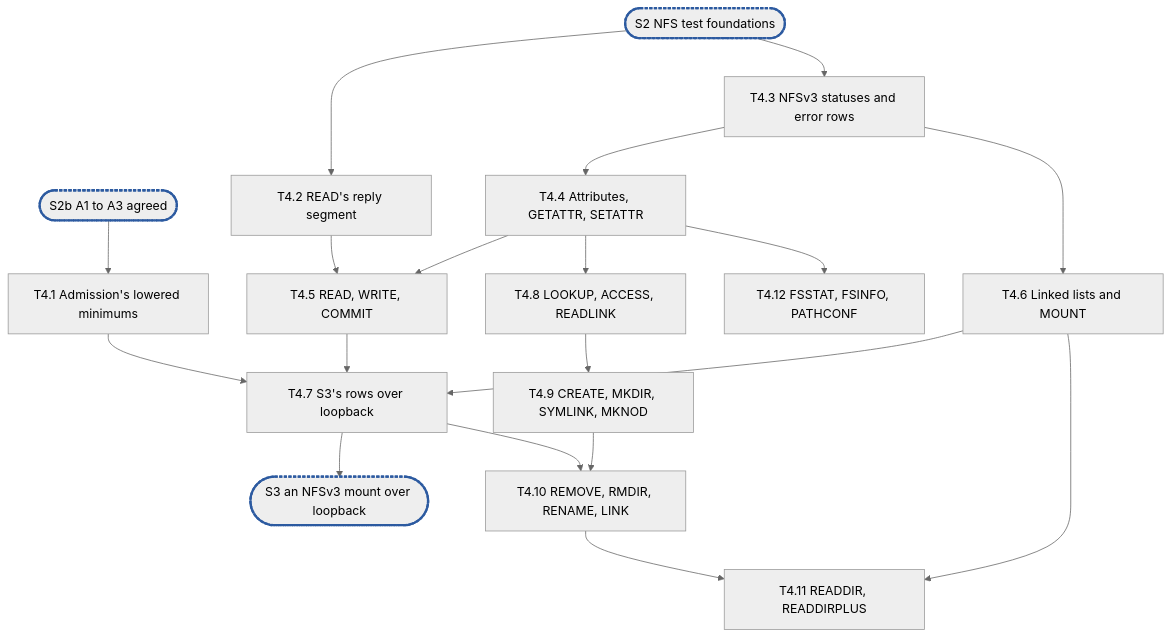
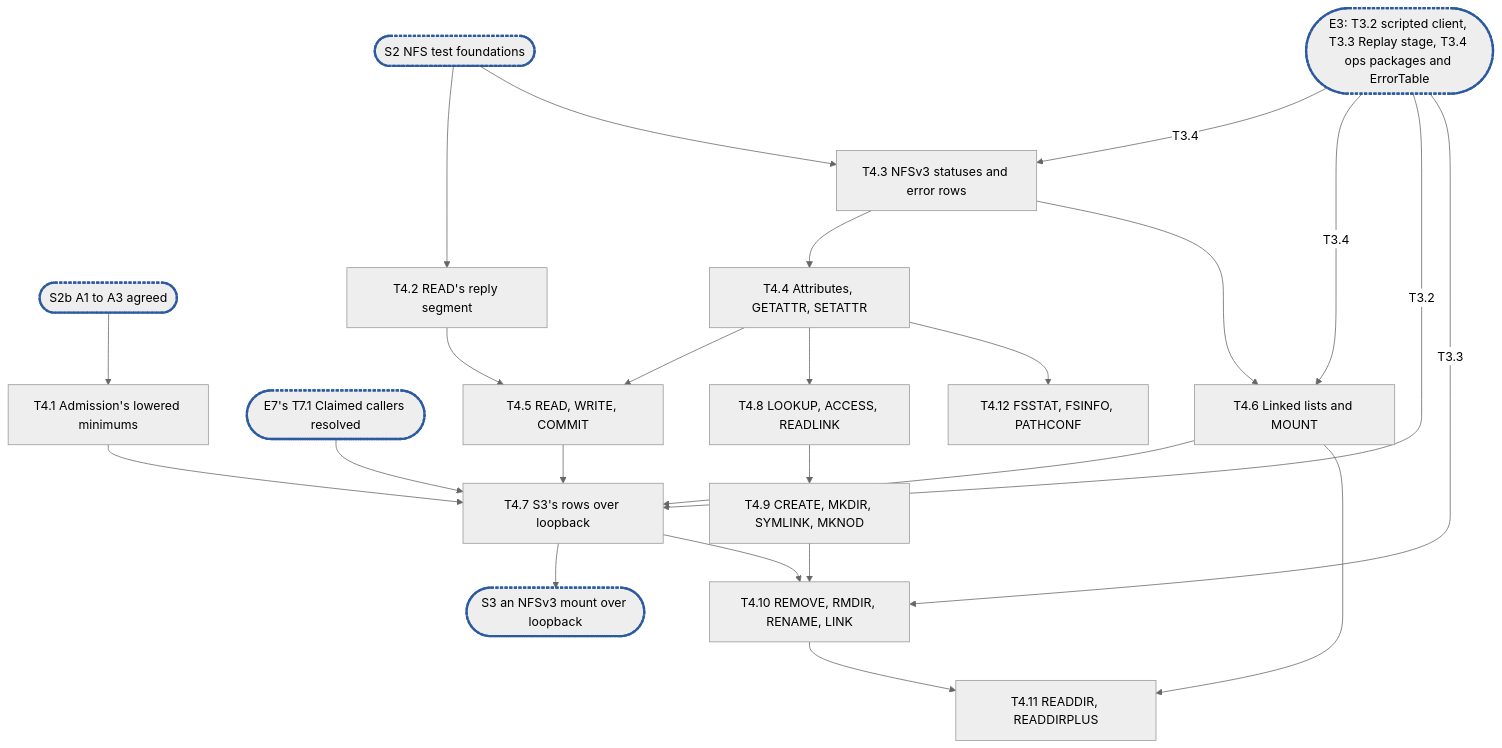
One commit to cubbit/dittofs changed the diagram in .planning/rfc-21-nfs-epic4.md. Above: the diagram before and after it, drawn with Mermaid (neutral theme). The commit also changed other lines of this file, not shown here.

````diff
--- a/.planning/rfc-21-nfs-epic4.md
+++ b/.planning/rfc-21-nfs-epic4.md
@@ -743,17 +760,23 @@
 ```mermaid
 flowchart TD
   S2b(["S2b A1 to A3 agreed"]):::sync --> T4_1["T4.1 Admission's lowered minimums"]
+  E3(["E3: T3.2 scripted client, T3.3 Replay stage, T3.4 ops packages and ErrorTable"]):::sync
+  T7_1(["E7's T7.1 Claimed callers resolved"]):::sync
   S2(["S2 NFS test foundations"]):::sync --> T4_2["T4.2 READ's reply segment"]
   S2 --> T4_3["T4.3 NFSv3 statuses and error rows"]
+  E3 -- "T3.4" --> T4_3
+  E3 -- "T3.4" --> T4_6
   T4_3 --> T4_4["T4.4 Attributes, GETATTR, SETATTR"]
   T4_2 & T4_4 --> T4_5["T4.5 READ, WRITE, COMMIT"]
   T4_3 --> T4_6["T4.6 Linked lists and MOUNT"]
-  T4_1 & T4_5 & T4_6 --> T4_7["T4.7 S3's rows over loopback"]
+  T4_1 & T4_5 & T4_6 & T7_1 --> T4_7["T4.7 S3's rows over loopback"]
+  E3 -- "T3.2" --> T4_7
   T4_7 --> S3(["S3 an NFSv3 mount over loopback"]):::sync
   T4_4 --> T4_8["T4.8 LOOKUP, ACCESS, READLINK"]
   T4_8 --> T4_9["T4.9 CREATE, MKDIR, SYMLINK, MKNOD"]
   T4_7 & T4_9 --> T4_10["T4.10 REMOVE, RMDIR, RENAME, LINK"]
+  E3 -- "T3.3" --> T4_10
   T4_6 & T4_10 --> T4_11["T4.11 READDIR, READDIRPLUS"]
   T4_4 --> T4_12["T4.12 FSSTAT, FSINFO, PATHCONF"]
   classDef sync stroke:#2c5aa0,stroke-width:3px,stroke-dasharray:4 2
 ```
````
